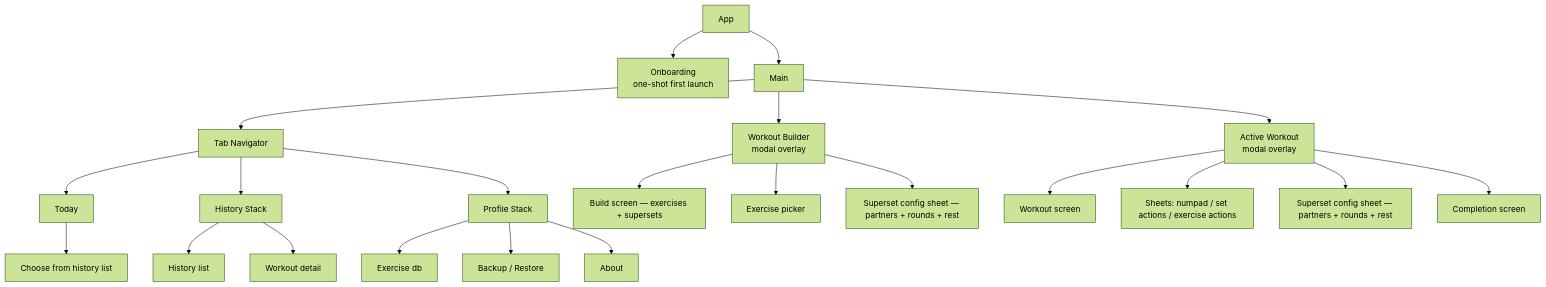
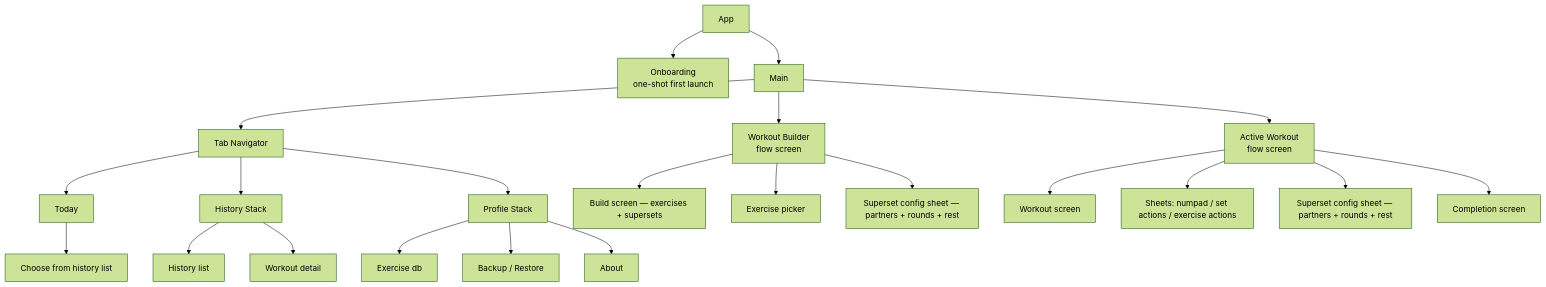
Before and after one commit to MaxKibets/kachka: the diagram in docs/spec/foundations.md, drawn with Mermaid (forest theme). The commit also changed other lines of this file and 3 other files, not shown here.

First line of the commit message:
docs(foundations): reclassify Builder and Active workout as flow screens

````diff
--- a/docs/spec/foundations.md
+++ b/docs/spec/foundations.md
@@ -60,30 +57,30 @@
 ```mermaid
 flowchart TB
     App[App]
     App --> Onb[Onboarding<br/>one-shot first launch]
     App --> Main[Main]
     Main --> TabNav[Tab Navigator]
-    Main --> Builder[Workout Builder<br/>modal overlay]
-    Main --> Modal[Active Workout<br/>modal overlay]
+    Main --> Builder[Workout Builder<br/>flow screen]
+    Main --> Active[Active Workout<br/>flow screen]
 
     TabNav --> Today[Today]
     TabNav --> History[History Stack]
     TabNav --> Profile[Profile Stack]
 
     History --> H1[History list]
     History --> H2[Workout detail]
     Today --> CFH[Choose from history list]
 
     Profile --> Pr1[Exercise db]
     Profile --> Pr2[Backup / Restore]
     Profile --> Pr3[About]
 
     Builder --> B1[Build screen — exercises + supersets]
     Builder --> B2[Exercise picker]
     Builder --> B3[Superset config sheet — partners + rounds + rest]
 
-    Modal --> M1[Workout screen]
-    Modal --> M2[Sheets: numpad / set actions / exercise actions]
-    Modal --> M3[Superset config sheet — partners + rounds + rest]
-    Modal --> M4[Completion screen]
+    Active --> M1[Workout screen]
+    Active --> M2[Sheets: numpad / set actions / exercise actions]
+    Active --> M3[Superset config sheet — partners + rounds + rest]
+    Active --> M4[Completion screen]
 ```
````
